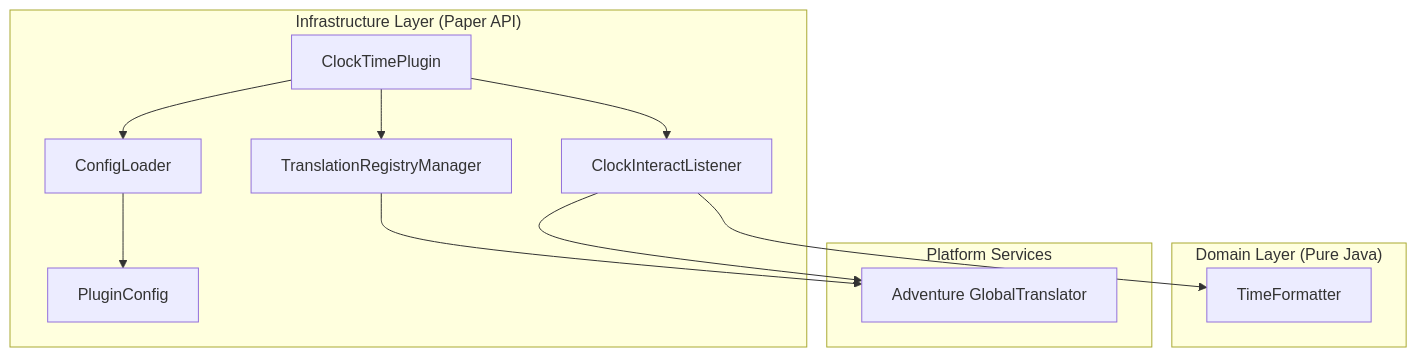
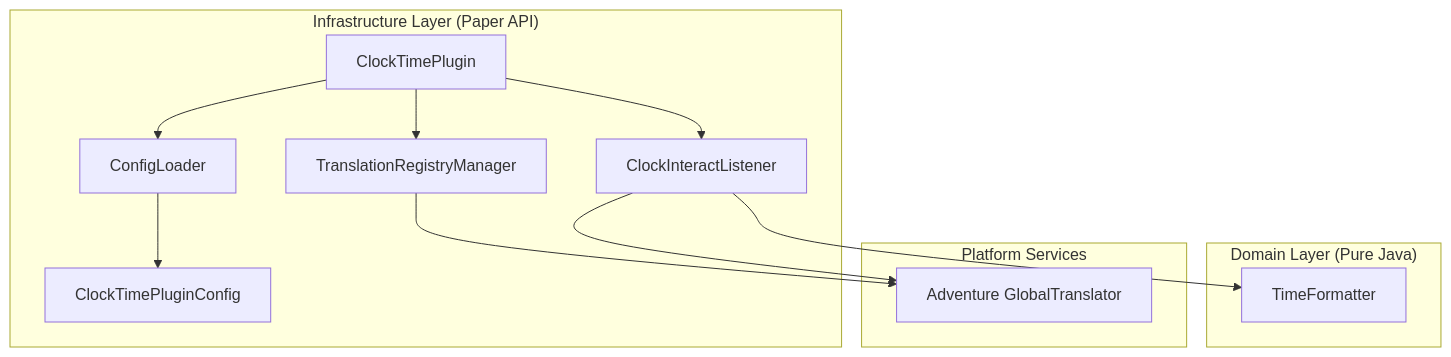
Before and after one commit to beduality/clock-gui: the first of 2 diagrams in docs/developers/architecture.md, drawn with Mermaid. The commit also changed other lines of this file and 11 other files, not shown here.

Commit message:
refactor: rename PluginConfig to ClockTimePluginConfig and update documentation structure

````diff
--- a/docs/developers/architecture.md
+++ b/docs/developers/architecture.md
@@ -7,26 +7,26 @@
 ```mermaid
 graph TD
     subgraph infra["Infrastructure Layer (Paper API)"]
         Plugin["ClockTimePlugin"]
         Config["ConfigLoader"]
         Translations["TranslationRegistryManager"]
         Listener["ClockInteractListener"]
-        PluginConfig["PluginConfig"]
+        ClockTimePluginConfig["ClockTimePluginConfig"]
     end
 
     subgraph domain["Domain Layer (Pure Java)"]
         Formatter["TimeFormatter"]
     end
 
     subgraph platform["Platform Services"]
         Adventure["Adventure GlobalTranslator"]
     end
 
     Plugin --> Config
     Plugin --> Translations
     Plugin --> Listener
-    Config --> PluginConfig
+    Config --> ClockTimePluginConfig
     Translations --> Adventure
     Listener --> Formatter
     Listener --> Adventure
 ```
````
